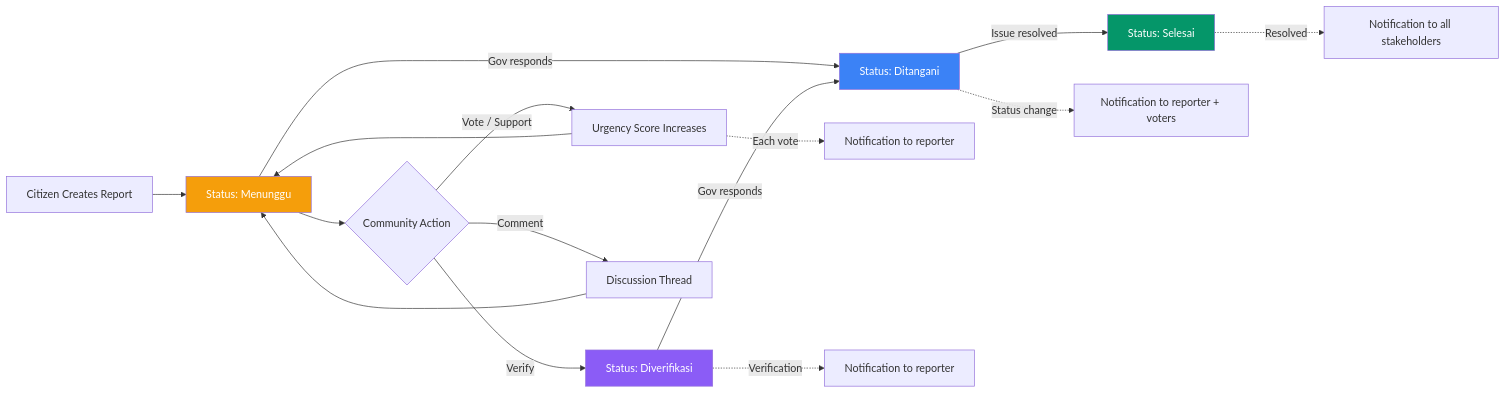
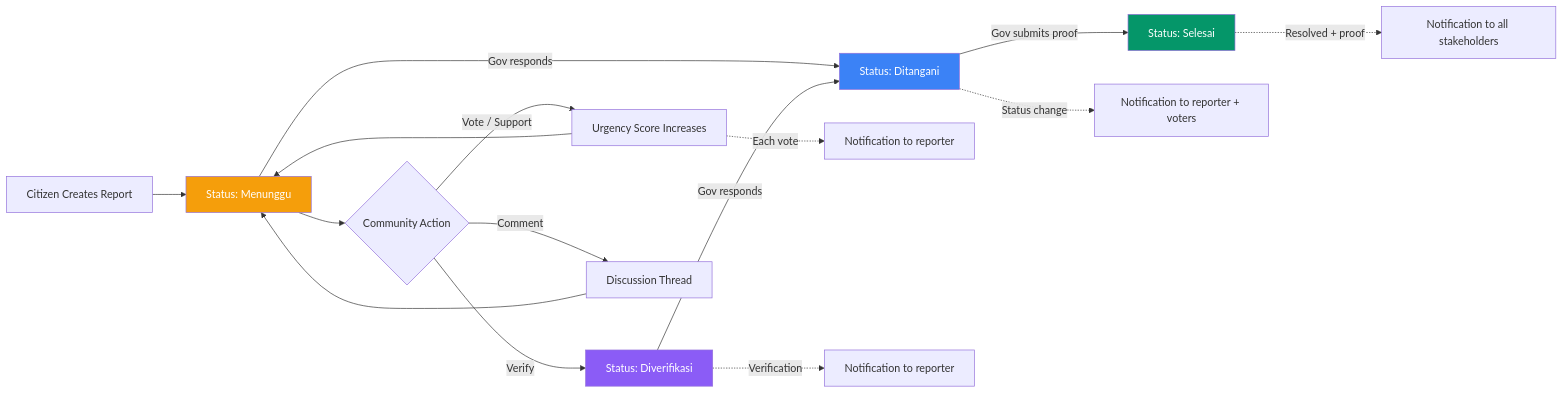
The third of 10 diagrams in docs/SYSTEM_FLOW.md (StackHorizon-ProxoCoris/frontend-mobileapp), drawn with Mermaid before and after one commit. The commit also changed other lines of this file and 4 other files, not shown here.

````diff
--- a/docs/SYSTEM_FLOW.md
+++ b/docs/SYSTEM_FLOW.md
@@ -85,25 +85,25 @@
 ```mermaid
 flowchart LR
     A["Citizen Creates Report"] --> B["Status: Menunggu"]
     B --> C{"Community Action"}
 
     C -->|"Vote / Support"| D["Urgency Score Increases"]
     D --> B
     C -->|"Verify"| E["Status: Diverifikasi"]
     C -->|"Comment"| F["Discussion Thread"]
     F --> B
 
     B -->|"Gov responds"| G["Status: Ditangani"]
     E -->|"Gov responds"| G
-    G -->|"Issue resolved"| H["Status: Selesai"]
+    G -->|"Gov submits proof"| H["Status: Selesai"]
 
     D -.->|"Each vote"| N1["Notification to reporter"]
     E -.->|"Verification"| N2["Notification to reporter"]
     G -.->|"Status change"| N3["Notification to reporter + voters"]
-    H -.->|"Resolved"| N4["Notification to all stakeholders"]
+    H -.->|"Resolved + proof"| N4["Notification to all stakeholders"]
 
     style H fill:#059669,color:#fff
     style B fill:#f59e0b,color:#fff
     style G fill:#3b82f6,color:#fff
     style E fill:#8b5cf6,color:#fff
 ```
````
